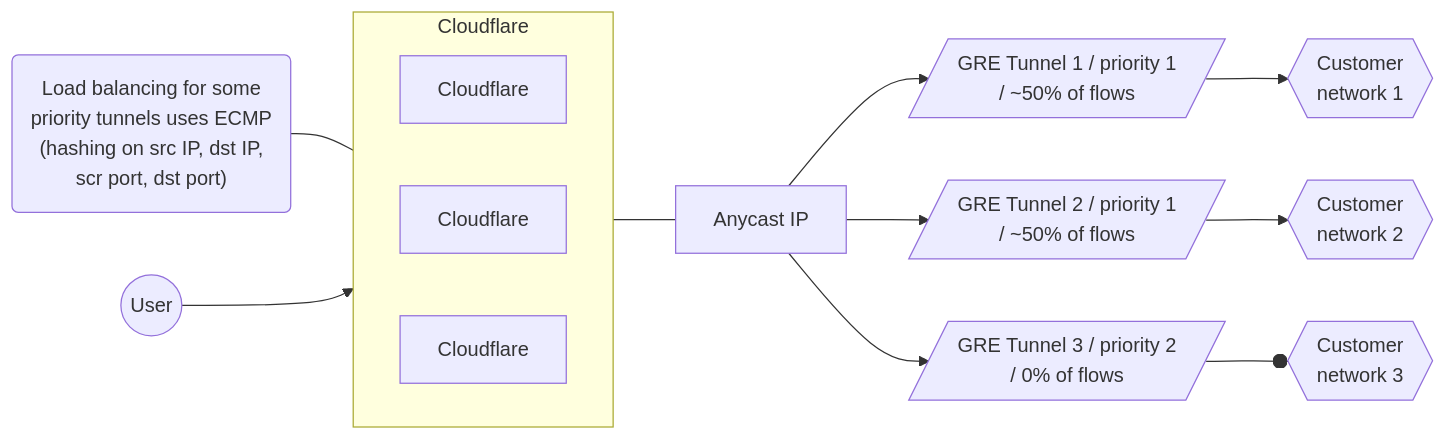
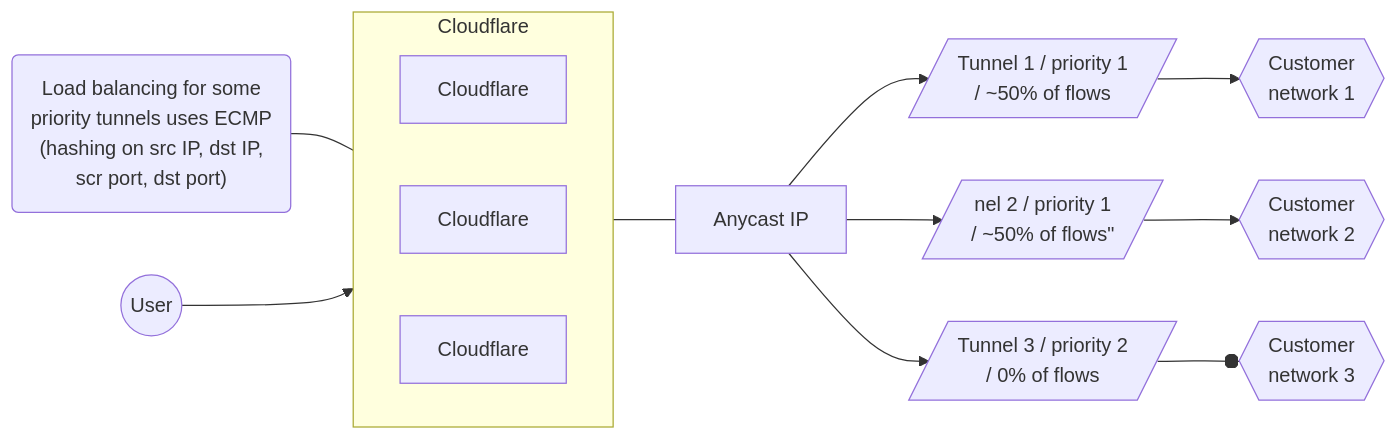
The second of 4 diagrams in content/magic-wan/reference/traffic-steering.md (cloudflare/cloudflare-docs), drawn with Mermaid before and after one commit.

Commit message:
removed gre from tunnel

````diff
--- a/content/magic-wan/reference/traffic-steering.md
+++ b/content/magic-wan/reference/traffic-steering.md
@@ -65,18 +65,18 @@
 ```mermaid
 flowchart LR
 accTitle: Tunnels diagram
 accDescr: This example has three tunnel routes, with traffic equally distributed across two paths.
 
 subgraph Cloudflare
 direction LR
 B[Cloudflare]
 C[Cloudflare]
 D[Cloudflare]
 end
 
 Z("Load balancing for some <br> priority tunnels uses ECMP <br> (hashing on src IP, dst IP, <br> scr port, dst port)") --- Cloudflare
 A((User)) --> Cloudflare --- E[Anycast IP]
-E[Anycast IP] --> F[/"GRE Tunnel 1 / priority 1 <br> / ~50% of flows"/] --> I{{Customer <br> network 1}}
-E[Anycast IP] --> G[/"GRE Tunnel 2 / priority 1 <br> / ~50% of flows"/] --> J{{Customer <br> network 2}}
-E[Anycast IP] --> H[/GRE Tunnel 3 / priority 2 <br> / 0% of flows/] --o K{{Customer <br> network 3}}
+E[Anycast IP] --> F[/"Tunnel 1 / priority 1 <br> / ~50% of flows"/] --> I{{Customer <br> network 1}}
+E[Anycast IP] --> G[/nel 2 / priority 1 <br> / ~50% of flows"/] --> J{{Customer <br> network 2}}
+E[Anycast IP] --> H[/Tunnel 3 / priority 2 <br> / 0% of flows/] --o K{{Customer <br> network 3}}
 ```
````
